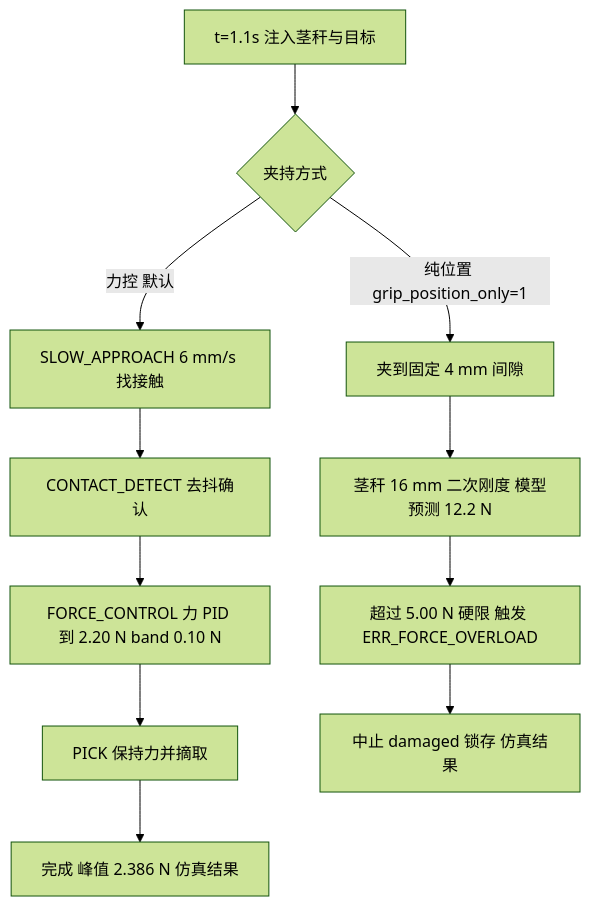
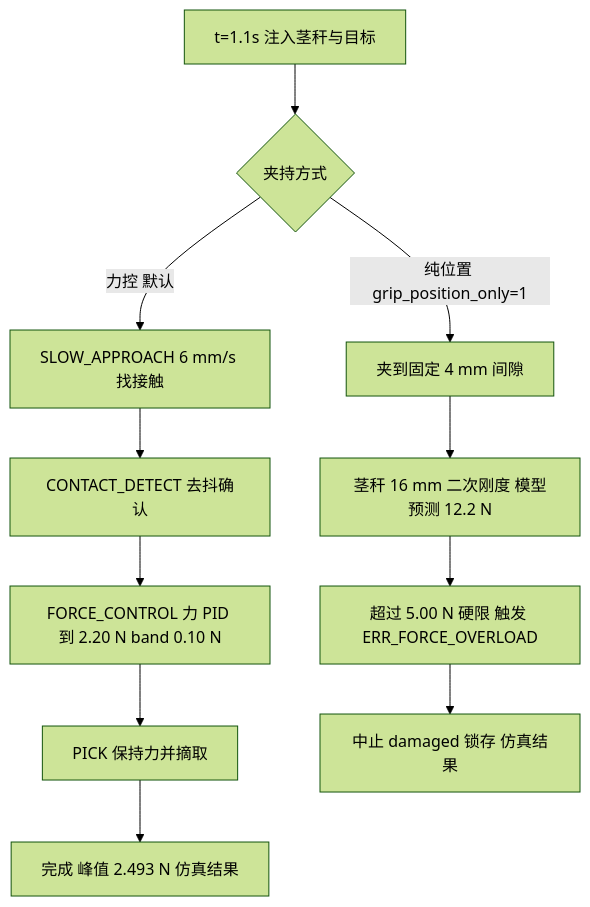
The second of 2 diagrams in docs/11_experiment_design.md (zdxddmx/second-gen-tea-picking-robot), drawn with Mermaid (forest theme) before and after one commit. The commit also changed other lines of this file and 21 other files, not shown here.

````diff
--- a/docs/11_experiment_design.md
+++ b/docs/11_experiment_design.md
@@ -298,13 +328,13 @@
 ```mermaid
 flowchart TB
     S["t=1.1s 注入茎秆与目标"] --> Q{"夹持方式"}
     Q -->|"力控 默认"| F["SLOW_APPROACH 6 mm/s 找接触"]
     F --> C["CONTACT_DETECT 去抖确认"]
     C --> R["FORCE_CONTROL 力 PID 到 2.20 N band 0.10 N"]
     R --> P["PICK 保持力并摘取"]
     Q -->|"纯位置 grip_position_only=1"| G["夹到固定 4 mm 间隙"]
     G --> O["茎秆 16 mm 二次刚度 模型预测 12.2 N"]
     O --> T["超过 5.00 N 硬限 触发 ERR_FORCE_OVERLOAD"]
-    P --> OK["完成 峰值 2.386 N 仿真结果"]
+    P --> OK["完成 峰值 2.493 N 仿真结果"]
     T --> NG["中止 damaged 锁存 仿真结果"]
 ```
````
